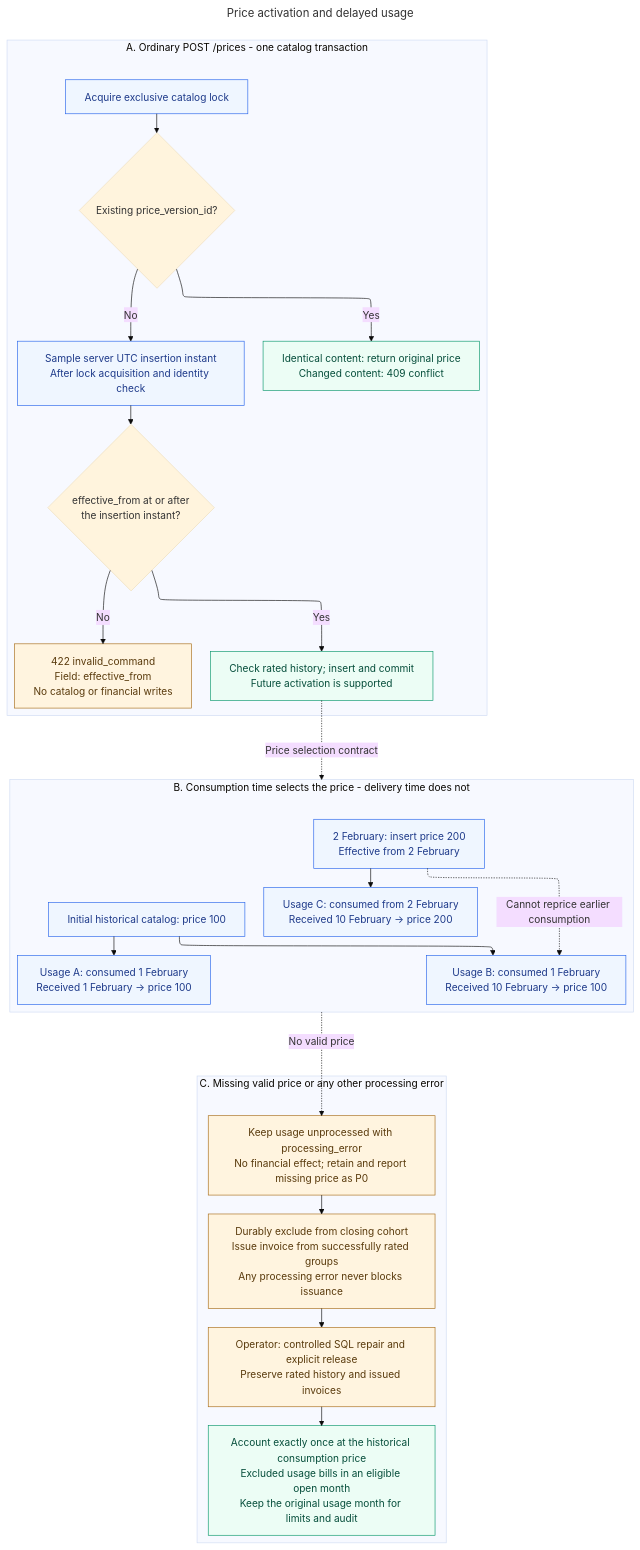
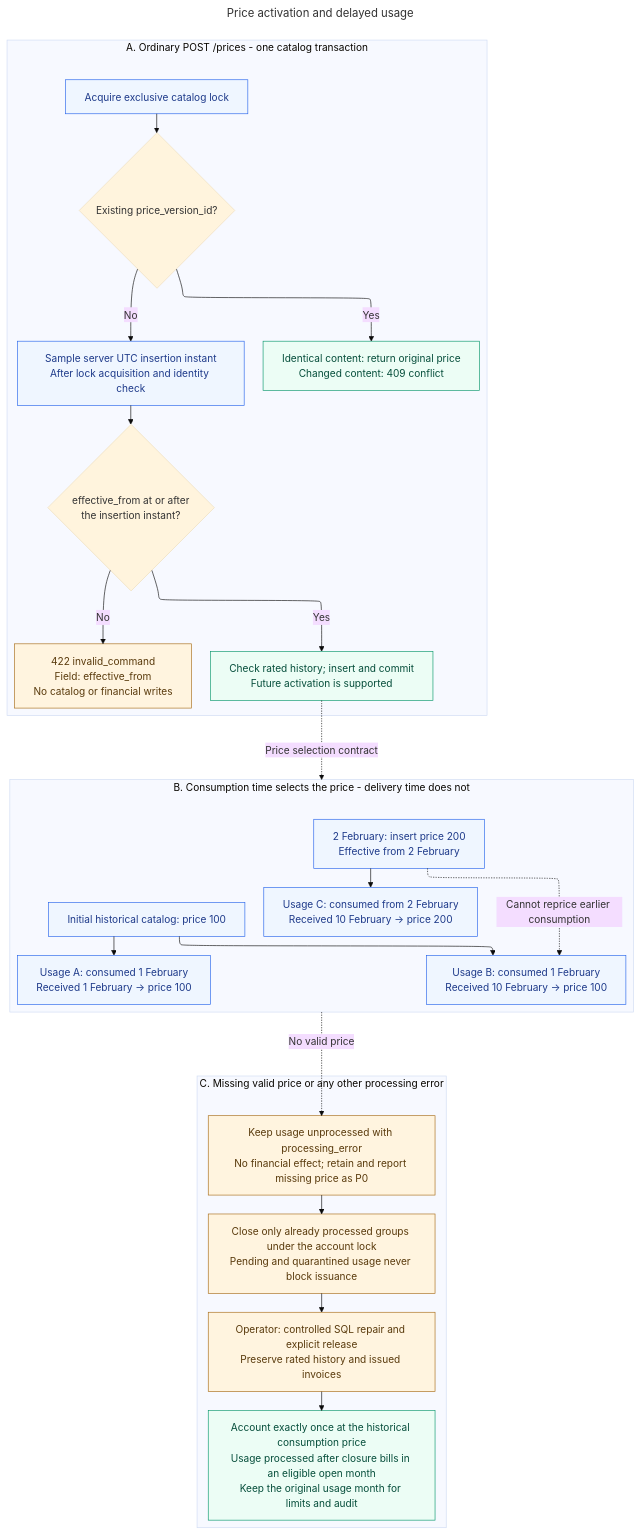
One commit to pupitooo/e2b-billing-api changed the diagram in docs/diagrams/price-version-activation/price-version-activation.mmd. Above: the diagram before and after it, drawn with Mermaid (base theme). The commit also changed 36 other files, not shown here.

First line of the commit message:
Close invoices from processed usage and enforce month order (#40)

```diff
--- a/docs/diagrams/price-version-activation/price-version-activation.mmd
+++ b/docs/diagrams/price-version-activation/price-version-activation.mmd
@@ -1,56 +1,56 @@
 ---
 title: Price activation and delayed usage
 config:
   layout: elk
   flowchart:
     wrappingWidth: 300
     nodeSpacing: 30
     rankSpacing: 40
     useMaxWidth: false
 ---
 %% System contracts: no ordinary backdating; consumption-time pricing;
 %% quarantined receipts never block invoices; historical repair uses operator SQL.
 flowchart TB
     subgraph command["A. Ordinary POST /prices - one catalog transaction"]
         lock["Acquire exclusive catalog lock"]
         identity{"Existing price_version_id?"}
         retry["Identical content: return original price<br/>Changed content: 409 conflict"]
         time["Sample server UTC insertion instant<br/>After lock acquisition and identity check"]
         eligible{"effective_from at or after<br/>the insertion instant?"}
         invalid["422 invalid_command<br/>Field: effective_from<br/>No catalog or financial writes"]
         persist["Check rated history; insert and commit<br/>Future activation is supported"]
         lock --> identity
         identity -->|"Yes"| retry
         identity -->|"No"| time --> eligible
         eligible -->|"No"| invalid
         eligible -->|"Yes"| persist
     end
 
     subgraph historical["B. Consumption time selects the price - delivery time does not"]
         old["Initial historical catalog: price 100"]
         change["2 February: insert price 200<br/>Effective from 2 February"]
         a["Usage A: consumed 1 February<br/>Received 1 February -> price 100"]
         b["Usage B: consumed 1 February<br/>Received 10 February -> price 100"]
         c["Usage C: consumed from 2 February<br/>Received 10 February -> price 200"]
         old --> a
         old --> b
         change --> c
         change -.->|"Cannot reprice earlier consumption"| b
     end
 
     subgraph recovery["C. Missing valid price or any other processing error"]
         quarantine["Keep usage unprocessed with processing_error<br/>No financial effect; retain and report missing price as P0"]
-        exclude["Durably exclude from closing cohort<br/>Issue invoice from successfully rated groups<br/>Any processing error never blocks issuance"]
+        exclude["Close only already processed groups under the account lock<br/>Pending and quarantined usage never block issuance"]
         repair["Operator: controlled SQL repair and explicit release<br/>Preserve rated history and issued invoices"]
-        later["Account exactly once at the historical consumption price<br/>Excluded usage bills in an eligible open month<br/>Keep the original usage month for limits and audit"]
+        later["Account exactly once at the historical consumption price<br/>Usage processed after closure bills in an eligible open month<br/>Keep the original usage month for limits and audit"]
         quarantine --> exclude --> repair --> later
     end
 
     persist -.->|"Price selection contract"| historical
     historical -.->|"No valid price"| quarantine
     classDef normal fill:#eff6ff,stroke:#2563eb,color:#1e3a8a
     classDef stored fill:#ecfdf5,stroke:#059669,color:#064e3b
     classDef problem fill:#fff4df,stroke:#a66a15,color:#593a0c
     class lock,time,old,change,a,b,c normal
     class persist,retry,later stored
     class invalid,quarantine,exclude,repair problem
```
